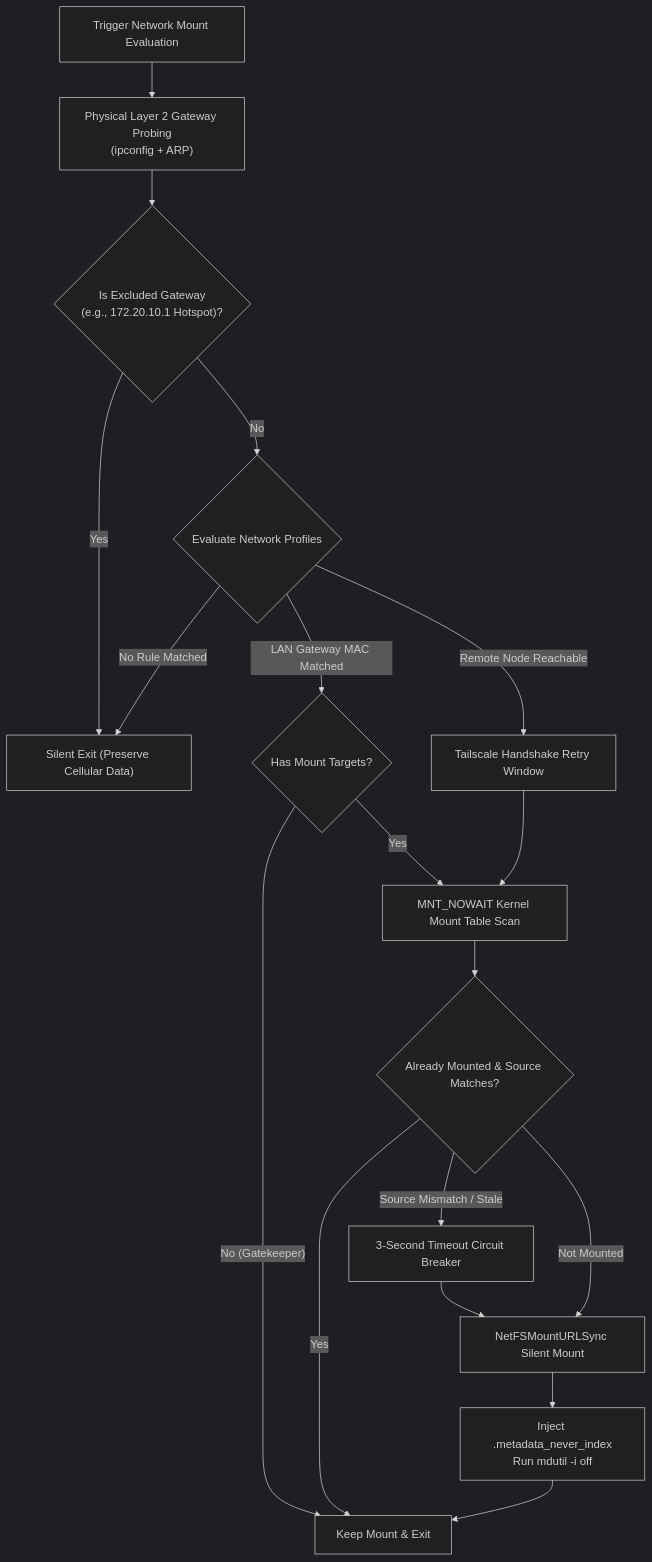
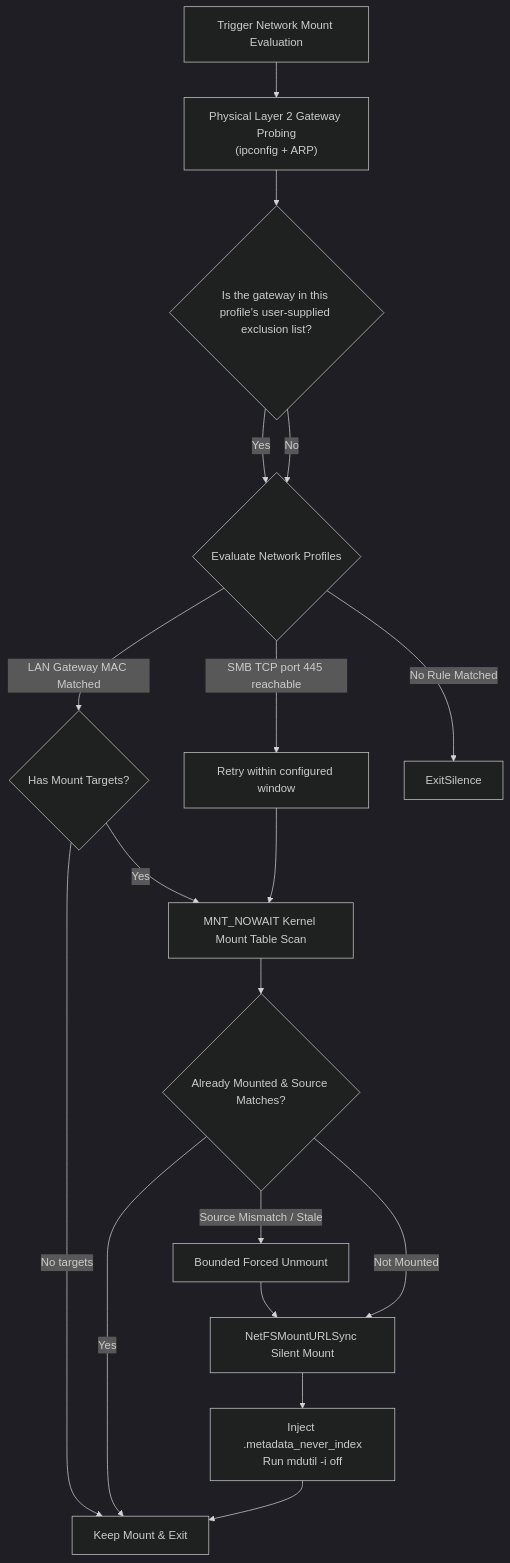
The first of 3 diagrams in ARCHITECTURE.en.md (jiezhengj/automnt), drawn with Mermaid (dark theme) before and after one commit. The commit also changed other lines of this file and 74 other files, not shown here.

````diff
--- a/ARCHITECTURE.en.md
+++ b/ARCHITECTURE.en.md
@@ -5,23 +5,23 @@
 ```mermaid
 flowchart TD
     Start["Trigger Network Mount Evaluation"] --> CheckGW["Physical Layer 2 Gateway Probing\n(ipconfig + ARP)"]
-    CheckGW --> HotspotFilter{"Is Excluded Gateway\n(e.g., 172.20.10.1 Hotspot)?"}
-    HotspotFilter -- Yes --> ExitSilence["Silent Exit (Preserve Cellular Data)"]
-    HotspotFilter -- No --> RouteMatch{"Evaluate Network Profiles"}
+    CheckGW --> GatewayFilter{"Is the gateway in this profile's user-supplied exclusion list?"}
+    GatewayFilter -- Yes --> RouteMatch{"Evaluate the next profile"}
+    GatewayFilter -- No --> RouteMatch{"Evaluate Network Profiles"}
     
     RouteMatch -- "LAN Gateway MAC Matched" --> HasTargets{"Has Mount Targets?"}
-    HasTargets -- "No (Gatekeeper)" --> Done["Block Remaining Profiles, Silent Exit"]
+    HasTargets -- "No targets" --> Done["Finish Evaluation, Silent Exit"]
     HasTargets -- "Yes" --> CheckMount["MNT_NOWAIT Kernel Mount Table Scan"]
-    RouteMatch -- "Remote Node Reachable" --> ProbeRetry["Tailscale Handshake Retry Window"]
+    RouteMatch -- "SMB TCP port 445 reachable" --> ProbeRetry["Retry within configured window"]
     ProbeRetry --> CheckMount
     RouteMatch -- "No Rule Matched" --> ExitSilence
     
     CheckMount --> SourceAudit{"Already Mounted & Source Matches?"}
     SourceAudit -- Yes --> Done["Keep Mount & Exit"]
-    SourceAudit -- "Source Mismatch / Stale" --> ForceUnmount["3-Second Timeout Circuit Breaker"]
+    SourceAudit -- "Source Mismatch / Stale" --> ForceUnmount["Bounded Forced Unmount"]
     ForceUnmount --> NetFSMount["NetFSMountURLSync Silent Mount"]
     SourceAudit -- Not Mounted --> NetFSMount
     
     NetFSMount --> IndexProtect["Inject .metadata_never_index\nRun mdutil -i off"]
     IndexProtect --> Done
 ```
````
